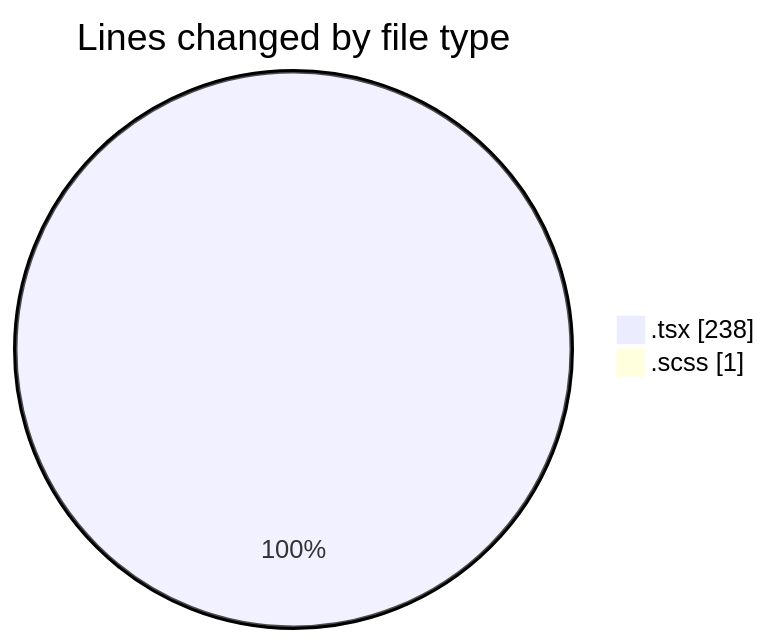
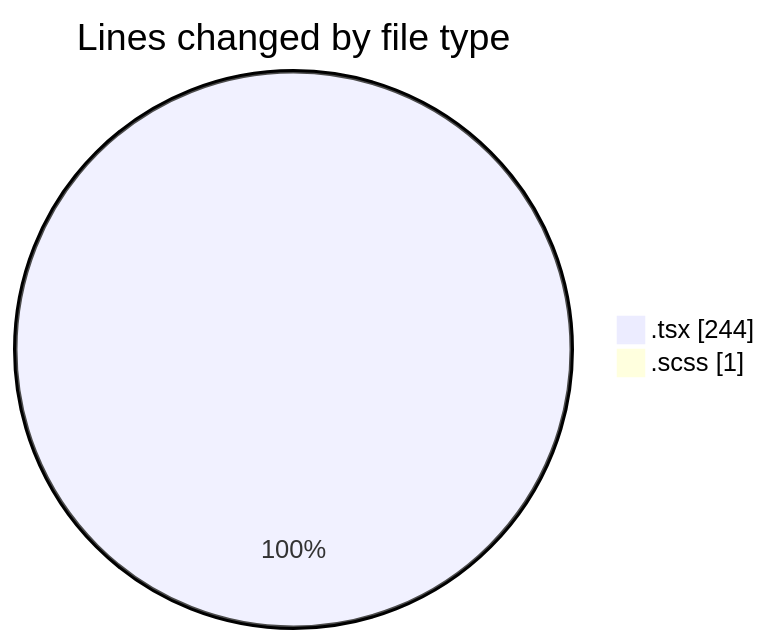
One commit to momahboobian/code-tracking changed the first of 2 diagrams in 2025-03-19/cda/README.md. Above: the diagram before and after it, drawn with Mermaid. The commit also changed other lines of this file and 1 other file, not shown here.

````diff
--- a/2025-03-19/cda/README.md
+++ b/2025-03-19/cda/README.md
@@ -23,6 +23,6 @@
 ```mermaid
 pie showData
 title Lines changed by file type
-".tsx" : 238
+".tsx" : 244
 ".scss" : 1
 ```
````
